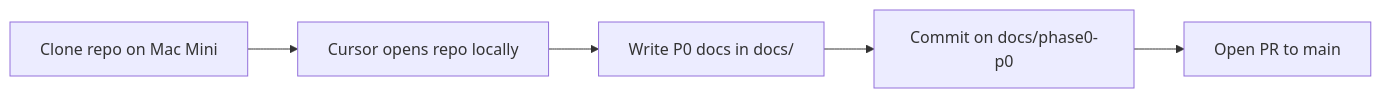
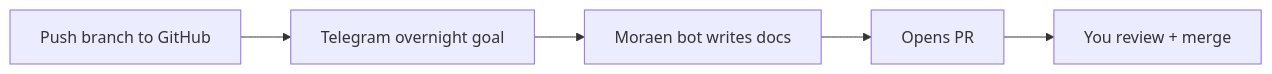
One commit to appopoleisStudios/karjat-farms changed the third of 3 diagrams in docs/tech/dev-workflow.md. Above: the diagram before and after it, drawn with Mermaid. The commit also changed other lines of this file and 5 other files, not shown here.

First line of the commit message:
docs: integrate Moraen CTO Telegram bot into dev workflow

````diff
--- a/docs/tech/dev-workflow.md
+++ b/docs/tech/dev-workflow.md
@@ -204,7 +280,7 @@
 ```mermaid
 flowchart LR
-  Clone[Clone repo on Mac Mini] --> Cursor[Cursor opens repo locally]
-  Cursor --> Docs[Write P0 docs in docs/]
-  Docs --> Commit[Commit on docs/phase0-p0]
-  Commit --> PR[Open PR to main]
+  Push[Push branch to GitHub] --> TG[Telegram overnight goal]
+  TG --> Moraen[Moraen bot writes docs]
+  Moraen --> PR[Opens PR]
+  PR --> You[You review + merge]
 ```
````
